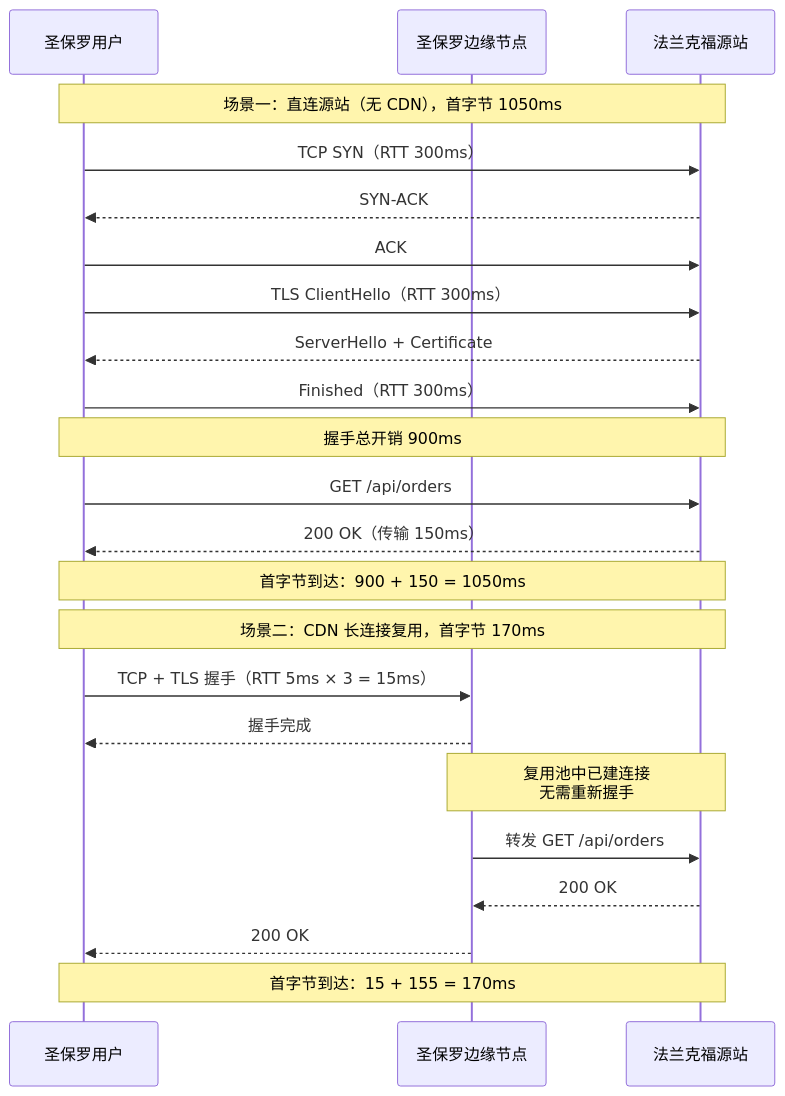
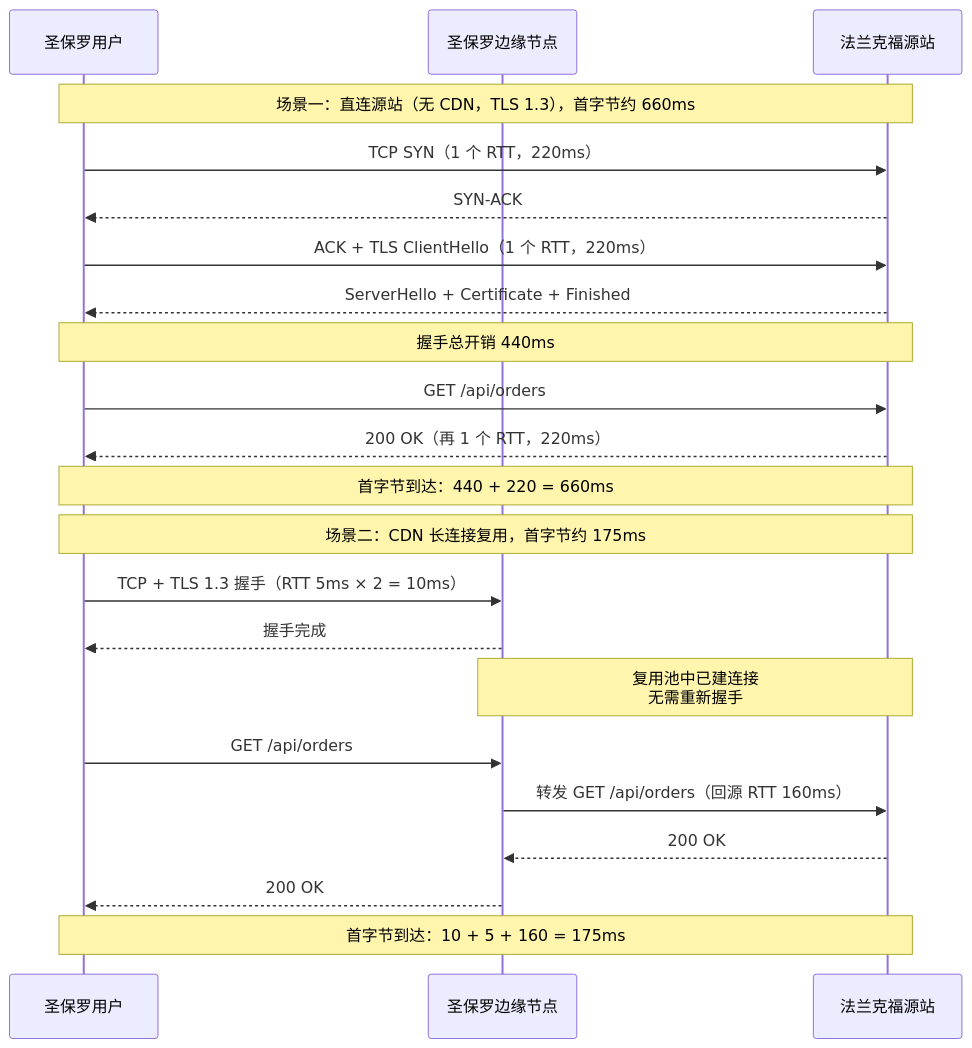
The fourth of 4 diagrams in docs/25.把内容推到用户身边CDN与边缘节点.md (caozhiyi/network-book), drawn with Mermaid before and after one commit. The commit also changed other lines of this file and 44 other files, not shown here.

Commit message:
optimize chapter content, add copyright/social links and schema overrides.

````diff
--- a/docs/25.把内容推到用户身边CDN与边缘节点.md
+++ b/docs/25.把内容推到用户身边CDN与边缘节点.md
@@ -162,27 +162,26 @@
 ```mermaid
 sequenceDiagram
     participant 用户 as 圣保罗用户
     participant 边缘 as 圣保罗边缘节点
     participant 源站 as 法兰克福源站
 
-    Note over 用户,源站: 场景一：直连源站（无 CDN），首字节 1050ms
-    用户->>源站: TCP SYN（RTT 300ms）
+    Note over 用户,源站: 场景一：直连源站（无 CDN，TLS 1.3），首字节约 660ms
+    用户->>源站: TCP SYN（1 个 RTT，220ms）
     源站-->>用户: SYN-ACK
-    用户->>源站: ACK
-    用户->>源站: TLS ClientHello（RTT 300ms）
-    源站-->>用户: ServerHello + Certificate
-    用户->>源站: Finished（RTT 300ms）
-    Note over 用户,源站: 握手总开销 900ms
+    用户->>源站: ACK + TLS ClientHello（1 个 RTT，220ms）
+    源站-->>用户: ServerHello + Certificate + Finished
+    Note over 用户,源站: 握手总开销 440ms
     用户->>源站: GET /api/orders
-    源站-->>用户: 200 OK（传输 150ms）
-    Note over 用户,源站: 首字节到达：900 + 150 = 1050ms
+    源站-->>用户: 200 OK（再 1 个 RTT，220ms）
+    Note over 用户,源站: 首字节到达：440 + 220 = 660ms
 
-    Note over 用户,源站: 场景二：CDN 长连接复用，首字节 170ms
-    用户->>边缘: TCP + TLS 握手（RTT 5ms × 3 = 15ms）
+    Note over 用户,源站: 场景二：CDN 长连接复用，首字节约 175ms
+    用户->>边缘: TCP + TLS 1.3 握手（RTT 5ms × 2 = 10ms）
     边缘-->>用户: 握手完成
     Note over 边缘,源站: 复用池中已建连接<br/>无需重新握手
-    边缘->>源站: 转发 GET /api/orders
+    用户->>边缘: GET /api/orders
+    边缘->>源站: 转发 GET /api/orders（回源 RTT 160ms）
     源站-->>边缘: 200 OK
     边缘-->>用户: 200 OK
-    Note over 用户,源站: 首字节到达：15 + 155 = 170ms
+    Note over 用户,源站: 首字节到达：10 + 5 + 160 = 175ms
 ```
````
